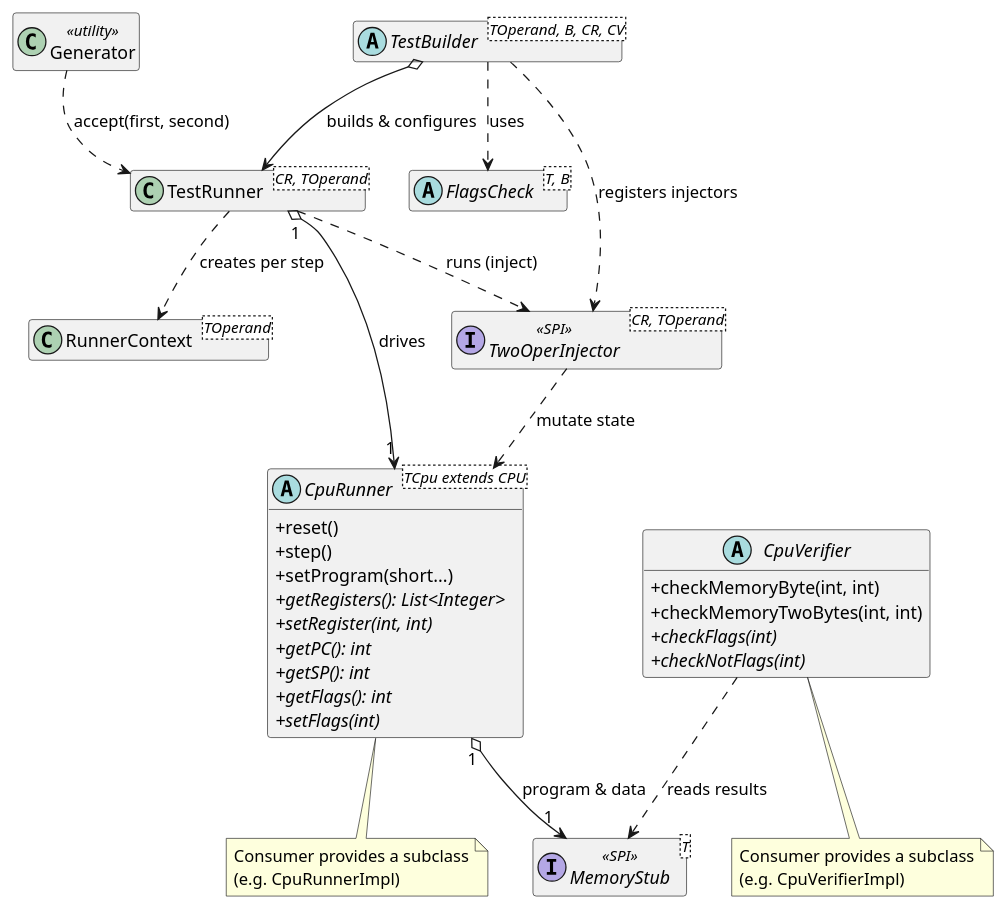
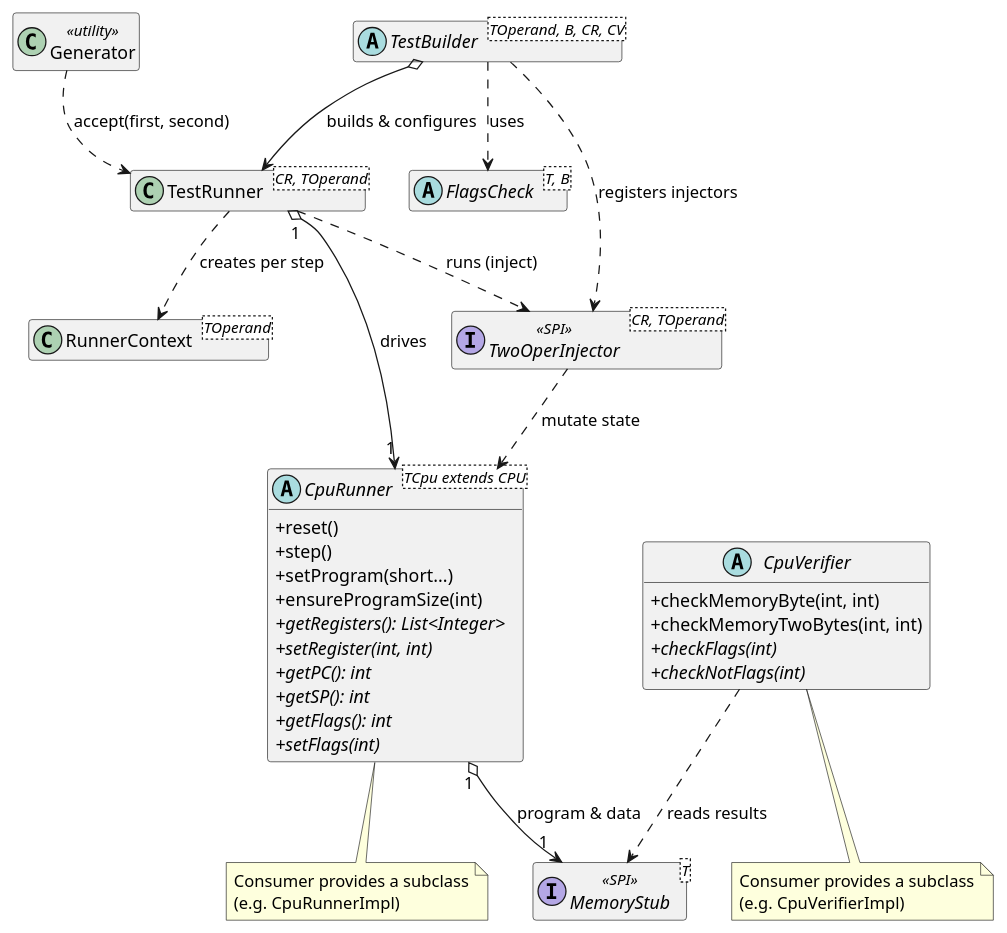
One commit to emustudio/cpu-testsuite changed the second of 2 diagrams in docs/c4/04-code.adoc. Above: the diagram before and after it, drawn with PlantUML. The commit also changed other lines of this file and 16 other files, not shown here.

```diff
--- a/docs/c4/04-code.adoc
+++ b/docs/c4/04-code.adoc
@@ -60,53 +60,54 @@
 [plantuml,c4-code-classes,svg]
 ----
 @startuml
 skinparam shadowing false
 skinparam classAttributeIconSize 0
 hide empty members
 
 abstract class "CpuRunner<TCpu extends CPU>" as CpuRunner {
   +reset()
   +step()
   +setProgram(short...)
+  +ensureProgramSize(int)
   +{abstract} getRegisters(): List<Integer>
   +{abstract} setRegister(int, int)
   +{abstract} getPC(): int
   +{abstract} getSP(): int
   +{abstract} getFlags(): int
   +{abstract} setFlags(int)
 }
 abstract class "CpuVerifier" as CpuVerifier {
   +checkMemoryByte(int, int)
   +checkMemoryTwoBytes(int, int)
   +{abstract} checkFlags(int)
   +{abstract} checkNotFlags(int)
 }
 abstract class "FlagsCheck<T, B>" as FlagsCheck
 abstract class "TestBuilder<TOperand, B, CR, CV>" as TestBuilder
 class "TestRunner<CR, TOperand>" as TestRunner
 class "RunnerContext<TOperand>" as RunnerContext
 class "Generator" as Generator <<utility>>
 interface "TwoOperInjector<CR, TOperand>" as TwoOperInjector <<SPI>>
 interface "MemoryStub<T>" as MemoryStub <<SPI>>
 
 TestBuilder o--> TestRunner : builds & configures
 TestBuilder ..> TwoOperInjector : registers injectors
 TestBuilder ..> FlagsCheck : uses
 TestRunner "1" o--> "1" CpuRunner : drives
 TestRunner ..> RunnerContext : creates per step
 TestRunner ..> TwoOperInjector : runs (inject)
 Generator ..> TestRunner : accept(first, second)
 CpuRunner "1" o--> "1" MemoryStub : program & data
 CpuVerifier ..> MemoryStub : reads results
 TwoOperInjector ..> CpuRunner : mutate state
 
 note bottom of CpuRunner
   Consumer provides a subclass
   (e.g. CpuRunnerImpl)
 end note
 note bottom of CpuVerifier
   Consumer provides a subclass
   (e.g. CpuVerifierImpl)
 end note
 @enduml
 ----
```
